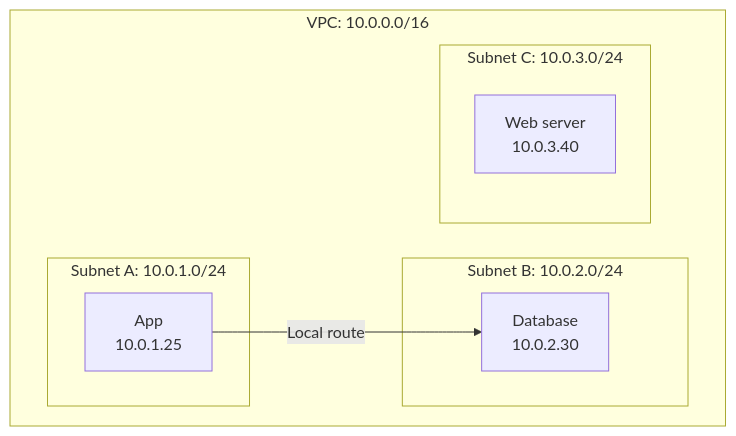
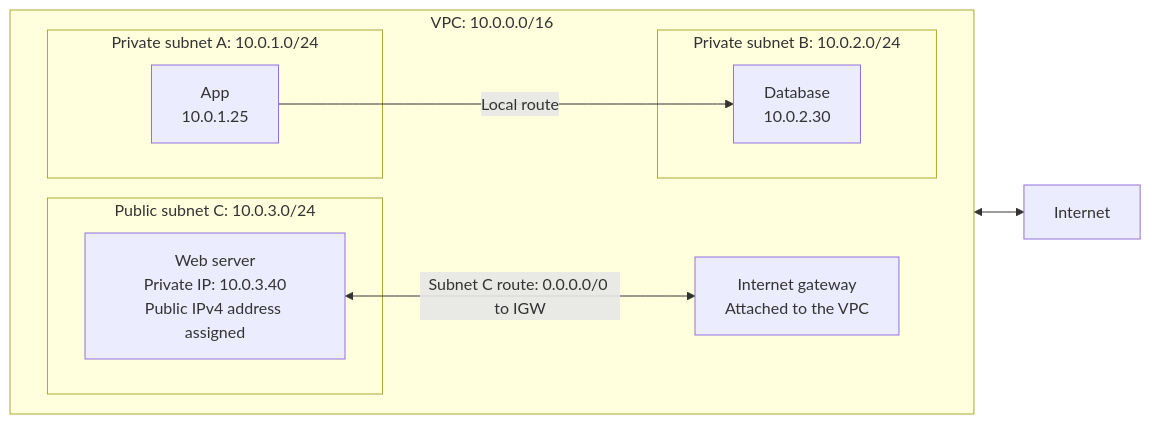
One commit to slinjhu/akashic changed the sixth of 9 diagrams in docs/aws/networking.md. Above: the diagram before and after it, drawn with Mermaid. The commit also changed other lines of this file, not shown here.

Commit message:
docs: explain stateful security groups and show internet gateway

````diff
--- a/docs/aws/networking.md
+++ b/docs/aws/networking.md
@@ -140,16 +170,19 @@
 ```mermaid
 flowchart LR
     subgraph vpc["VPC: 10.0.0.0/16"]
         direction LR
-        subgraph subnetA["Subnet A: 10.0.1.0/24"]
+        subgraph subnetA["Private subnet A: 10.0.1.0/24"]
             app["App<br/>10.0.1.25"]
         end
-        subgraph subnetB["Subnet B: 10.0.2.0/24"]
+        subgraph subnetB["Private subnet B: 10.0.2.0/24"]
             database["Database<br/>10.0.2.30"]
         end
-        subgraph subnetC["Subnet C: 10.0.3.0/24"]
-            web["Web server<br/>10.0.3.40"]
+        subgraph subnetC["Public subnet C: 10.0.3.0/24"]
+            web["Web server<br/>Private IP: 10.0.3.40<br/>Public IPv4 address assigned"]
         end
+        igw["Internet gateway<br/>Attached to the VPC"]
         app -->|"Local route"| database
+        web <-->|"Subnet C route: 0.0.0.0/0 to IGW"| igw
     end
+    igw <--> internet["Internet"]
 ```
````
